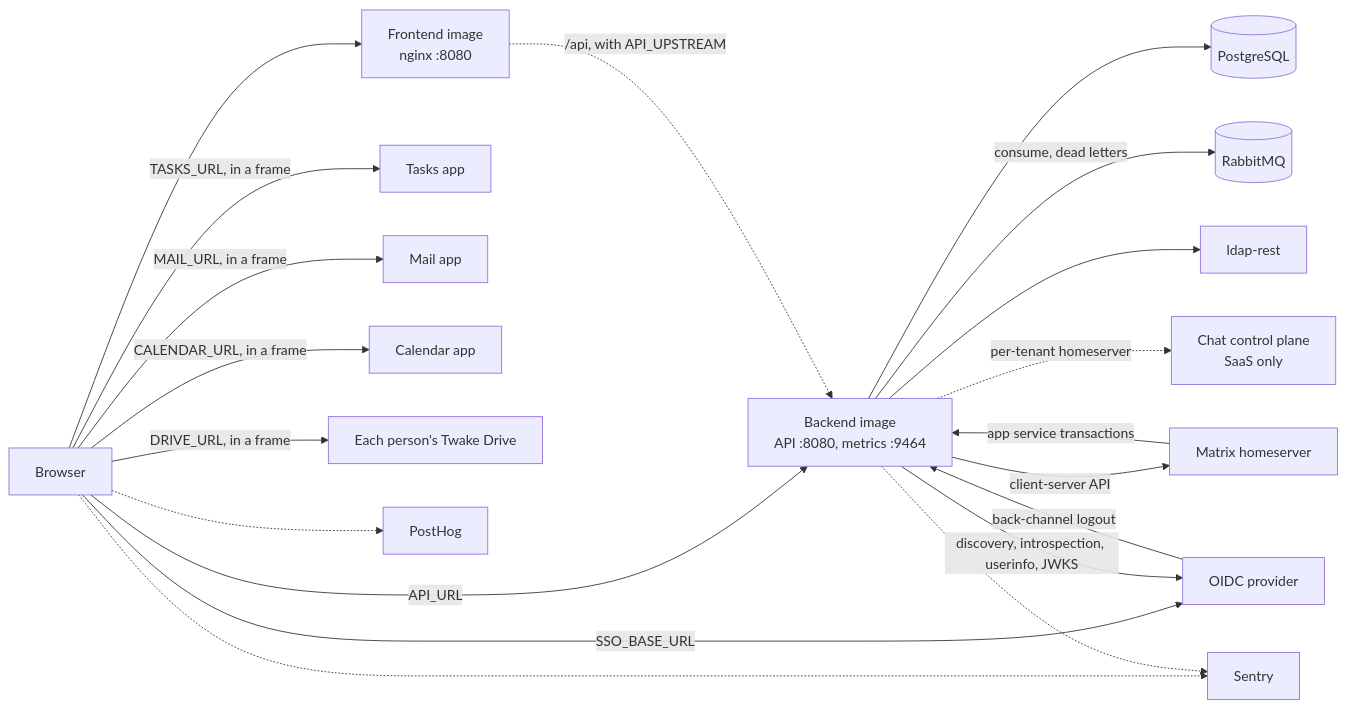
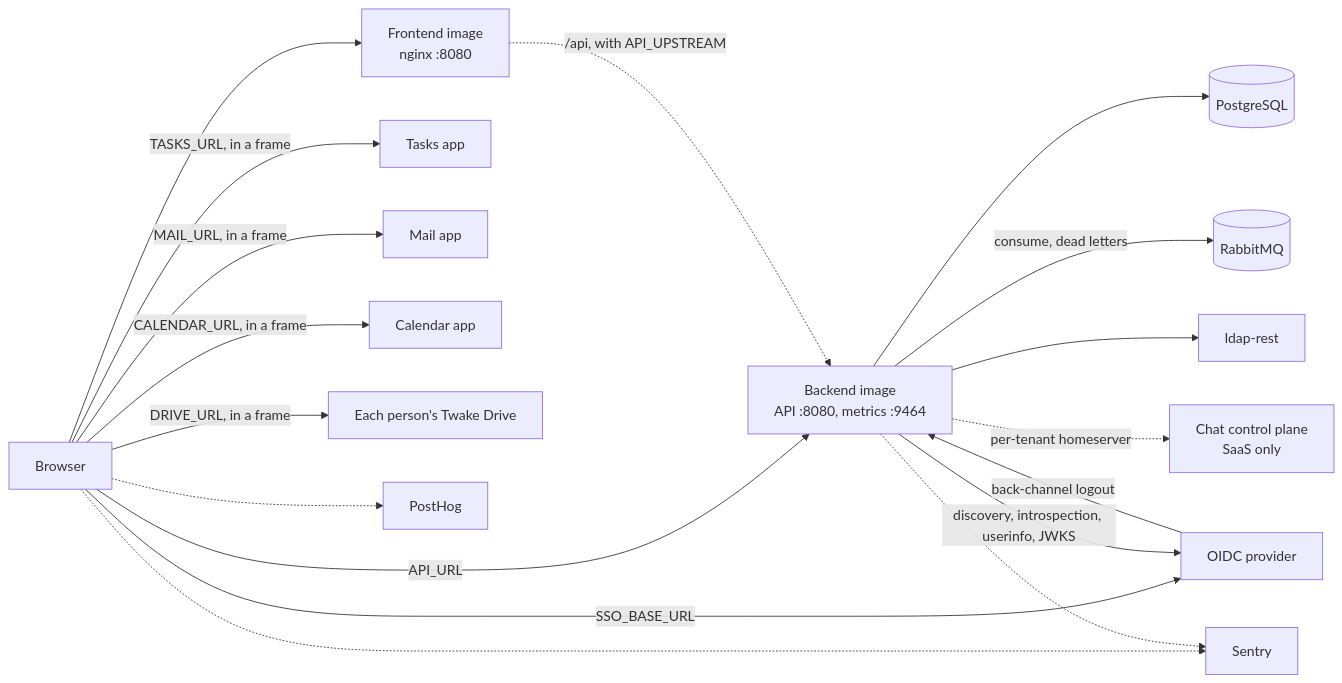
Before and after one commit to linagora/twake-space: the diagram in docs/deploy.md, drawn with Mermaid. The commit also changed other lines of this file and 35 other files, not shown here.

First line of the commit message:
fix(backend): remove the Matrix feed and its app service tokens

````diff
--- a/docs/deploy.md
+++ b/docs/deploy.md
@@ -10,38 +10,35 @@
 ```mermaid
 flowchart LR
   browser[Browser]
   fe[Frontend image<br/>nginx :8080]
   be[Backend image<br/>API :8080, metrics :9464]
   pg[(PostgreSQL)]
   rabbitmq[(RabbitMQ)]
   ldap[ldap-rest]
   oidc[OIDC provider]
-  hs[Matrix homeserver]
   cp[Chat control plane<br/>SaaS only]
   tasks[Tasks app]
   mail[Mail app]
   calendar[Calendar app]
   drive[Each person's Twake Drive]
   sentry[Sentry]
   posthog[PostHog]
 
   browser --> fe
   browser -->|API_URL| be
   fe -.->|/api, with API_UPSTREAM| be
   browser -->|SSO_BASE_URL| oidc
   browser -->|TASKS_URL, in a frame| tasks
   browser -->|MAIL_URL, in a frame| mail
   browser -->|CALENDAR_URL, in a frame| calendar
   browser -->|DRIVE_URL, in a frame| drive
   browser -.-> sentry
   browser -.-> posthog
   be --> pg
   be -->|consume, dead letters| rabbitmq
   be --> ldap
   be -->|discovery, introspection, userinfo, JWKS| oidc
   oidc -->|back-channel logout| be
-  be -->|client-server API| hs
-  hs -->|app service transactions| be
   be -.->|per-tenant homeserver| cp
   be -.-> sentry
 ```
````
